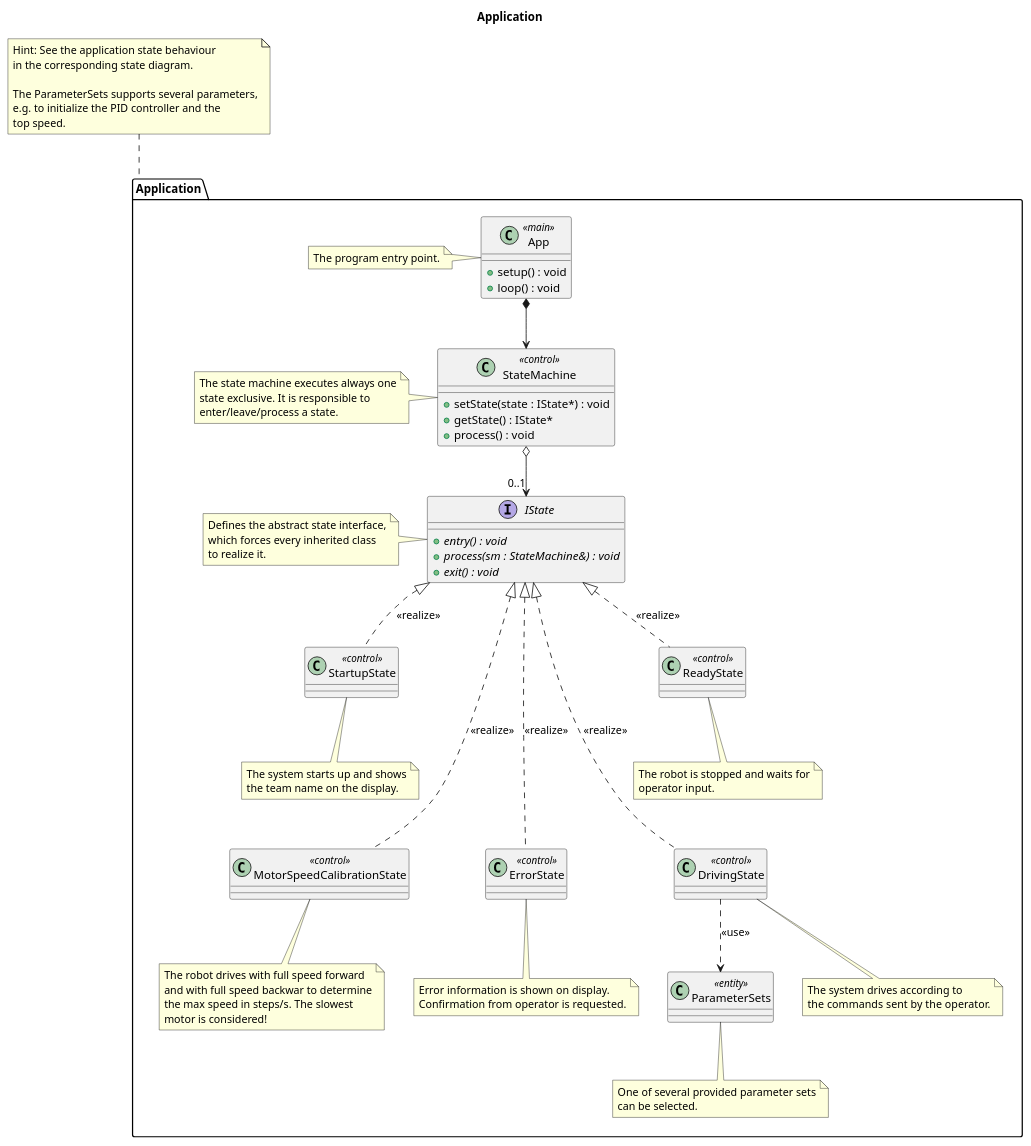
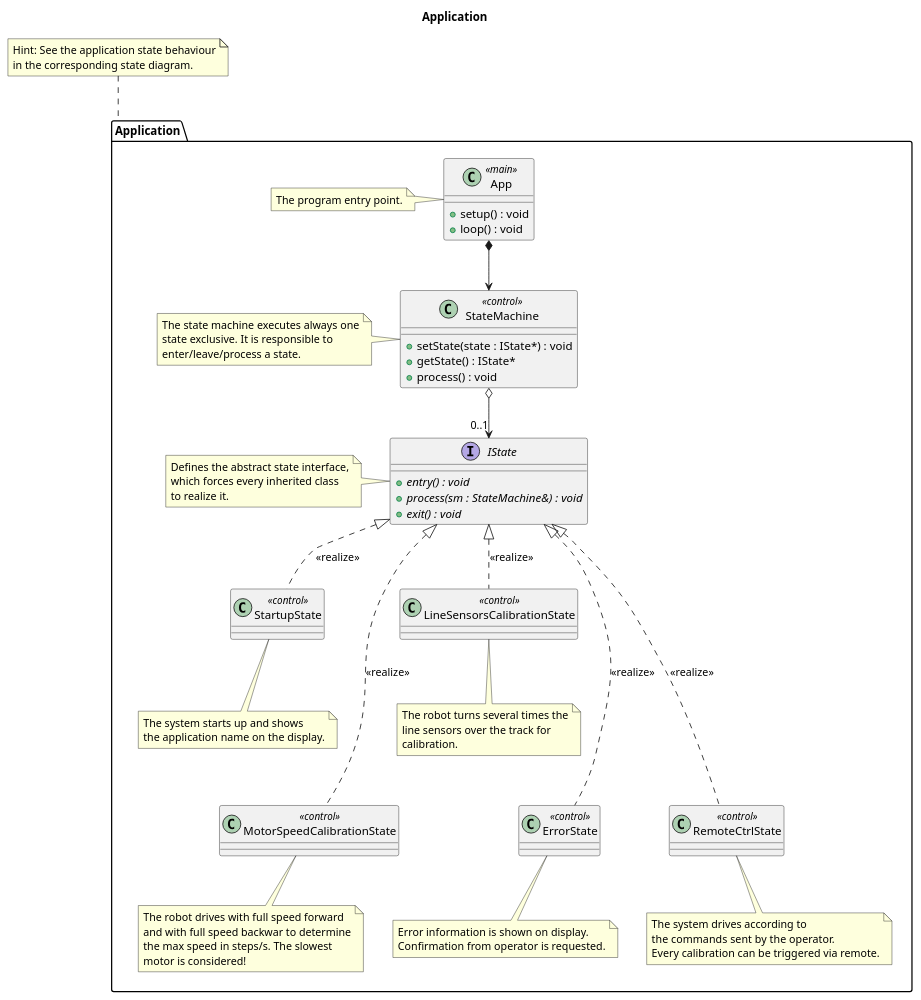
Before and after one commit to BlueAndi/RadonUlzer: the diagram in doc/architecture/uml/LogicalView/RemoteControl/Application.plantuml, drawn with PlantUML. The commit also changed 11 other files, not shown here.

Commit message:
Remote control application architecture updated.

```diff
--- a/doc/architecture/uml/LogicalView/RemoteControl/Application.plantuml
+++ b/doc/architecture/uml/LogicalView/RemoteControl/Application.plantuml
@@ -1,102 +1,91 @@
 @startuml RemoteControl Application
 
 title Application
 
 package "Application" as appLayer {
 
     class App <<main>> {
         + setup() : void
         + loop() : void
     }
 
     note left of App
         The program entry point.
     end note
 
     class StateMachine <<control>> {
         + setState(state : IState*) : void
         + getState() : IState*
         + process() : void
     }
 
     note left of StateMachine
         The state machine executes always one
         state exclusive. It is responsible to
         enter/leave/process a state.
     end note
 
     interface IState {
         + {abstract} entry() : void
         + {abstract} process(sm : StateMachine&) : void
         + {abstract} exit() : void
     }
 
     note left of IState
         Defines the abstract state interface,
         which forces every inherited class
         to realize it.
     end note
 
     class StartupState <<control>>
     class MotorSpeedCalibrationState <<control>>
+    class LineSensorsCalibrationState <<control>>
     class ErrorState <<control>>
-    class DrivingState <<control>>
-    class ReadyState <<control>>
-
-    class ParameterSets <<entity>>
-
-    note bottom of ParameterSets
-        One of several provided parameter sets
-        can be selected.
-    end note
+    class RemoteCtrlState <<control>>
 
     note bottom of StartupState
         The system starts up and shows
-        the team name on the display.
+        the application name on the display.
     end note
 
     note bottom of MotorSpeedCalibrationState
         The robot drives with full speed forward
         and with full speed backwar to determine
         the max speed in steps/s. The slowest
         motor is considered!
     end note
 
+    note bottom of LineSensorsCalibrationState
+        The robot turns several times the
+        line sensors over the track for
+        calibration.
+    end note
+
     note bottom of ErrorState
         Error information is shown on display.
         Confirmation from operator is requested.
     end note
 
-    note bottom of DrivingState
+    note bottom of RemoteCtrlState
         The system drives according to
         the commands sent by the operator.
-    end note
-
-    note bottom of ReadyState
-        The robot is stopped and waits for
-        operator input.
+        Every calibration can be triggered via remote.
     end note
 }
 
 note top of  appLayer
     Hint: See the application state behaviour
     in the corresponding state diagram.
-
-    The ParameterSets supports several parameters,
-    e.g. to initialize the PID controller and the
-    top speed.
 end note
 
 App *--> StateMachine
 
 StateMachine o--> "0..1" IState
 
 IState <|.. StartupState: <<realize>>
 IState <|.... MotorSpeedCalibrationState: <<realize>>
+IState <|.. LineSensorsCalibrationState: <<realize>>
 IState <|.... ErrorState: <<realize>>
-IState <|.. ReadyState: <<realize>>
-IState <|.... DrivingState: <<realize>>
-
-DrivingState ..> ParameterSets: <<use>>
+IState <|.... RemoteCtrlState: <<realize>>
 
 @enduml
```
